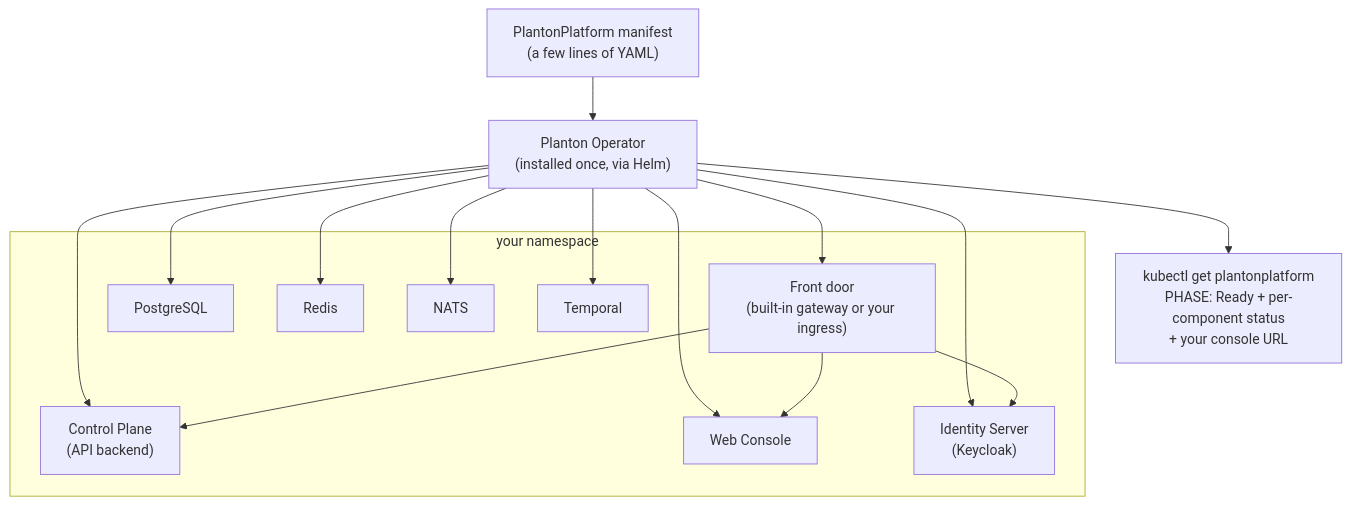
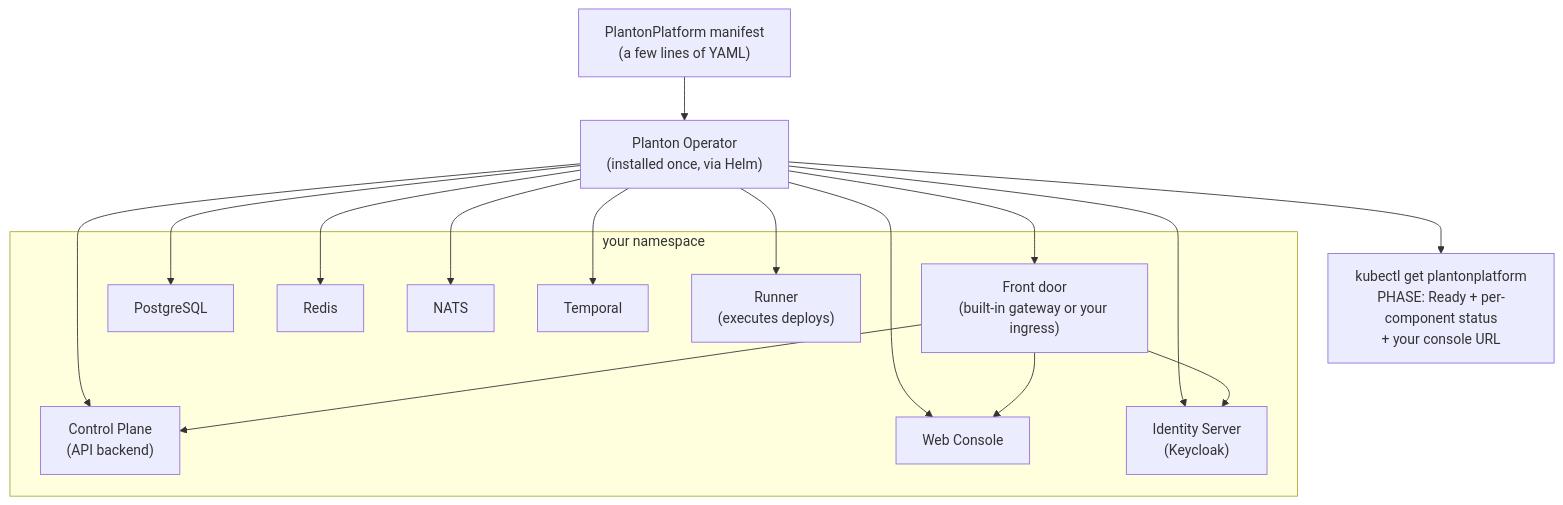
One commit to plantonhq/openmcf changed the diagram in site/public/docs/self-hosting/index.md. Above: the diagram before and after it, drawn with Mermaid. The commit also changed other lines of this file, not shown here.

First line of the commit message:
docs(self-hosting): deploy real infrastructure -- the built-in runner section

````diff
--- a/site/public/docs/self-hosting/index.md
+++ b/site/public/docs/self-hosting/index.md
@@ -20,30 +20,32 @@
 ```mermaid
 flowchart TD
     manifest["PlantonPlatform manifest\n(a few lines of YAML)"]
     operator["Planton Operator\n(installed once, via Helm)"]
     subgraph platformNs [your namespace]
         door["Front door\n(built-in gateway or your ingress)"]
         pg["PostgreSQL"]
         redis["Redis"]
         nats["NATS"]
         temporal["Temporal"]
         cp["Control Plane\n(API backend)"]
         console["Web Console"]
         idp["Identity Server\n(Keycloak)"]
+        runner["Runner\n(executes deploys)"]
     end
     statusNode["kubectl get plantonplatform\nPHASE: Ready + per-component status\n+ your console URL"]
 
     manifest --> operator
     operator --> door
     operator --> pg
     operator --> redis
     operator --> nats
     operator --> temporal
     operator --> cp
     operator --> console
     operator --> idp
+    operator --> runner
     operator --> statusNode
     door --> console
     door --> cp
     door --> idp
 ```
````
